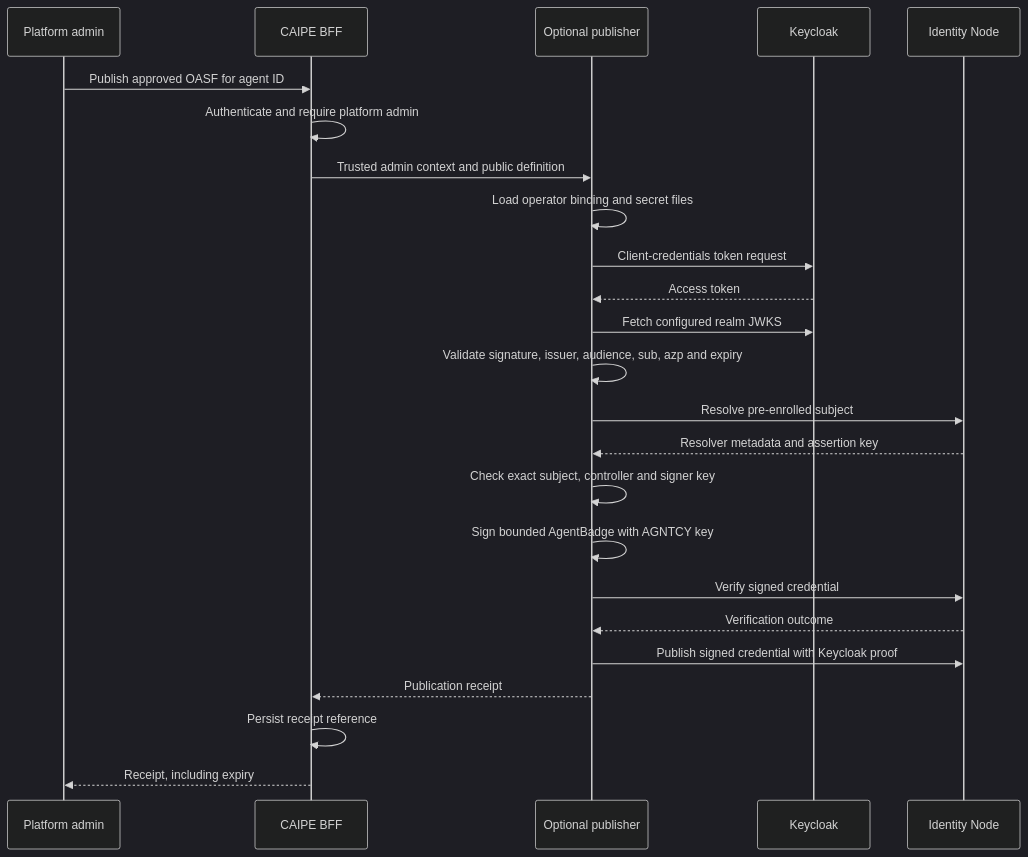
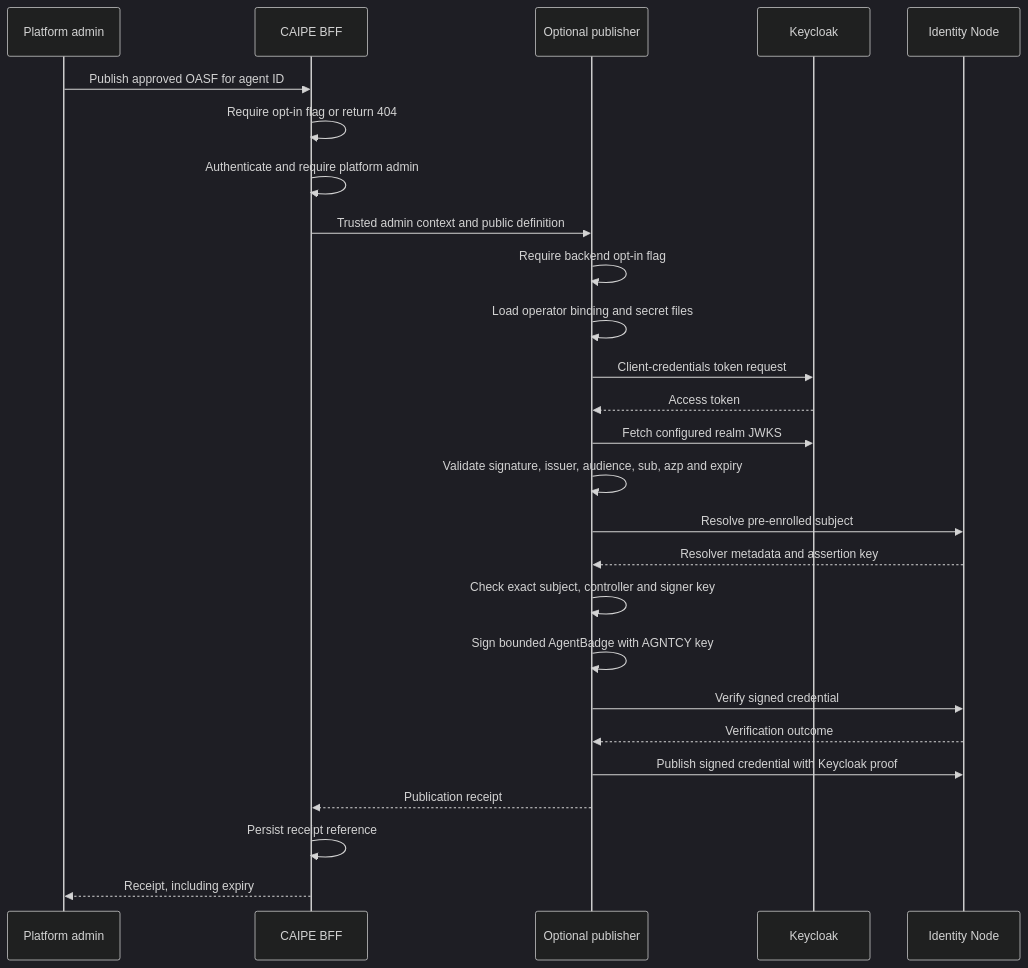
One commit to caipe-io/ai-platform-engineering changed the second of 2 diagrams in docs/docs/architecture/keycloak-agent-badges.md. Above: the diagram before and after it, drawn with Mermaid (dark theme). The commit also changed other lines of this file and 3 other files, not shown here.

````diff
--- a/docs/docs/architecture/keycloak-agent-badges.md
+++ b/docs/docs/architecture/keycloak-agent-badges.md
@@ -42,26 +42,28 @@
 ```mermaid
 sequenceDiagram
     participant A as Platform admin
     participant B as CAIPE BFF
     participant P as Optional publisher
     participant K as Keycloak
     participant N as Identity Node
     A->>B: Publish approved OASF for agent ID
+    B->>B: Require opt-in flag or return 404
     B->>B: Authenticate and require platform admin
     B->>P: Trusted admin context and public definition
+    P->>P: Require backend opt-in flag
     P->>P: Load operator binding and secret files
     P->>K: Client-credentials token request
     K-->>P: Access token
     P->>K: Fetch configured realm JWKS
     P->>P: Validate signature, issuer, audience, sub, azp and expiry
     P->>N: Resolve pre-enrolled subject
     N-->>P: Resolver metadata and assertion key
     P->>P: Check exact subject, controller and signer key
     P->>P: Sign bounded AgentBadge with AGNTCY key
     P->>N: Verify signed credential
     N-->>P: Verification outcome
     P->>N: Publish signed credential with Keycloak proof
     P-->>B: Publication receipt
     B->>B: Persist receipt reference
     B-->>A: Receipt, including expiry
 ```
````
